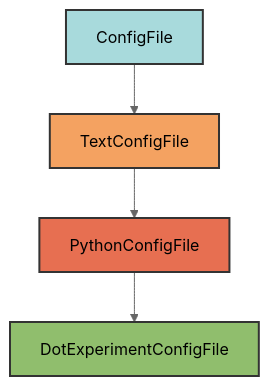
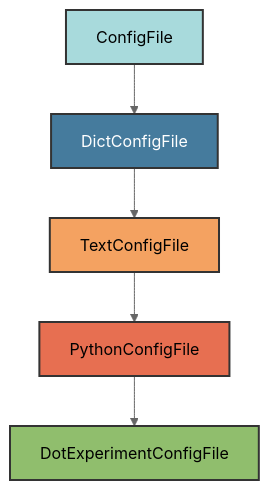
One commit to Winipedia/pyrig changed the diagram in docs/configs/dot_experiment.md. Above: the diagram before and after it, drawn with Mermaid (neutral theme). The commit also changed other lines of this file and 21 other files, not shown here.

````diff
--- a/docs/configs/dot_experiment.md
+++ b/docs/configs/dot_experiment.md
@@ -19,11 +19,13 @@
 ```mermaid
 graph TD
-    A[ConfigFile] --> B[TextConfigFile]
-    B --> C[PythonConfigFile]
-    C --> D[DotExperimentConfigFile]
+    A[ConfigFile] --> B[DictConfigFile]
+    B --> C[TextConfigFile]
+    C --> D[PythonConfigFile]
+    D --> E[DotExperimentConfigFile]
 
     style A fill:#a8dadc,stroke:#333,stroke-width:2px,color:#000
-    style B fill:#f4a261,stroke:#333,stroke-width:2px,color:#000
-    style C fill:#e76f51,stroke:#333,stroke-width:2px,color:#000
-    style D fill:#90be6d,stroke:#333,stroke-width:2px,color:#000
+    style B fill:#457b9d,stroke:#333,stroke-width:2px,color:#fff
+    style C fill:#f4a261,stroke:#333,stroke-width:2px,color:#000
+    style D fill:#e76f51,stroke:#333,stroke-width:2px,color:#000
+    style E fill:#90be6d,stroke:#333,stroke-width:2px,color:#000
 ```
````
